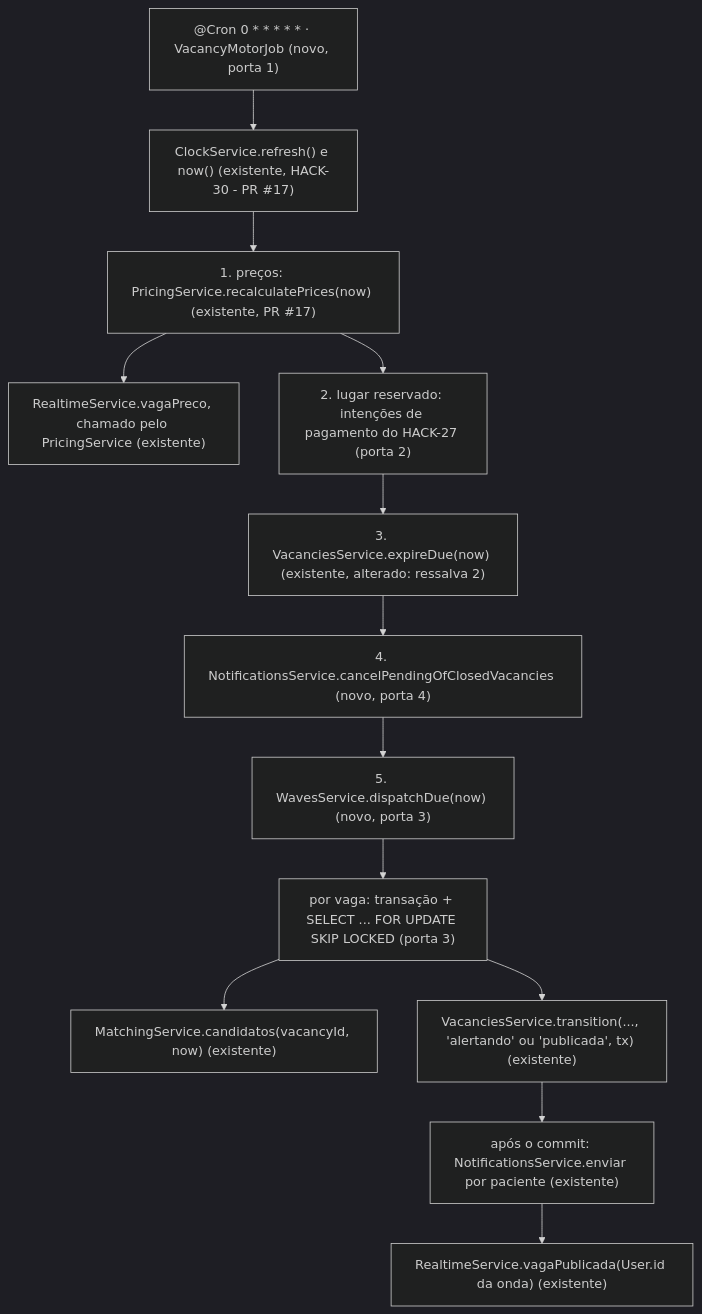
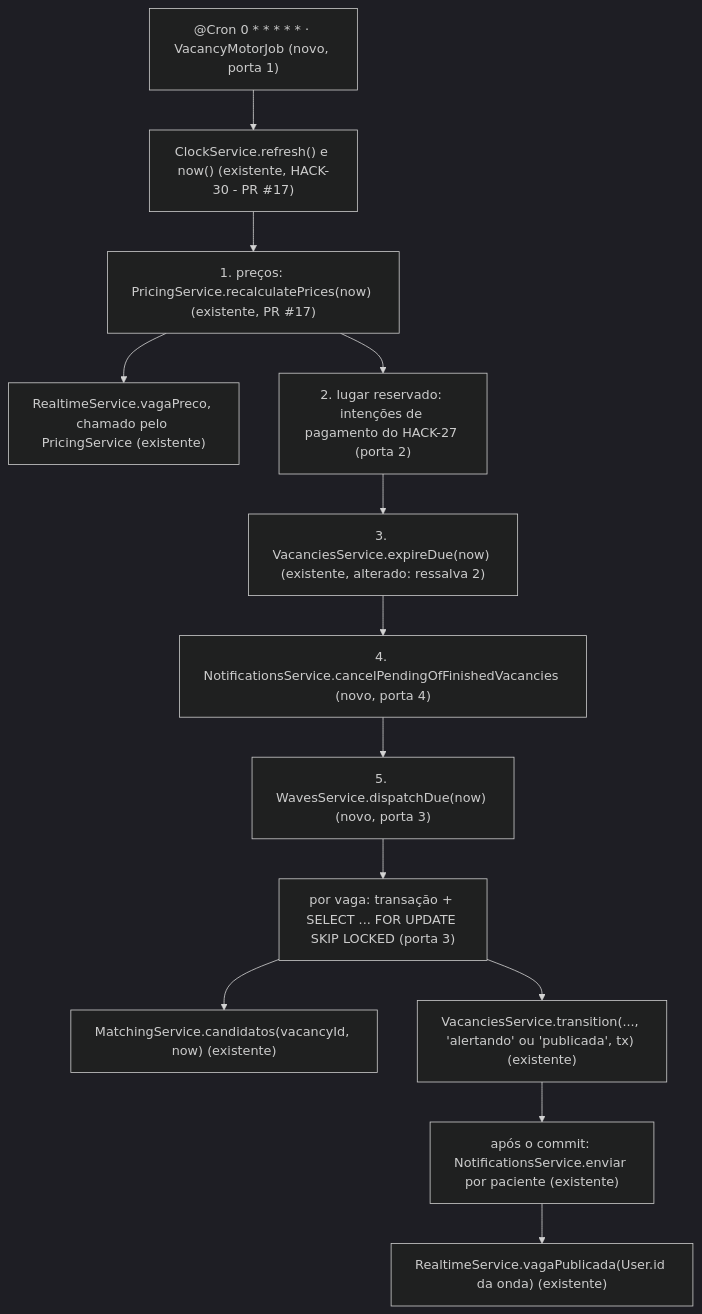
Before and after one commit to Gustavo-Vieira-Gomes/HackathonUSP: the diagram in .specs/features/hack-32-cron-ondas/plan.md, drawn with Mermaid (dark theme). The commit also changed other lines of this file and 6 other files, not shown here.

````diff
--- a/.specs/features/hack-32-cron-ondas/plan.md
+++ b/.specs/features/hack-32-cron-ondas/plan.md
@@ -23,15 +23,15 @@
 ```mermaid
 flowchart TD
     CRON["@Cron 0 * * * * * · VacancyMotorJob (novo, porta 1)"] --> NOW["ClockService.refresh() e now() (existente, HACK-30 - PR #17)"]
     NOW --> P["1. preços: PricingService.recalculatePrices(now) (existente, PR #17)"]
     P --> RT1["RealtimeService.vagaPreco, chamado pelo PricingService (existente)"]
     P --> EXT["2. lugar reservado: intenções de pagamento do HACK-27 (porta 2)"]
     EXT --> E["3. VacanciesService.expireDue(now) (existente, alterado: ressalva 2)"]
-    E --> C["4. NotificationsService.cancelPendingOfClosedVacancies (novo, porta 4)"]
+    E --> C["4. NotificationsService.cancelPendingOfFinishedVacancies (novo, porta 4)"]
     C --> W["5. WavesService.dispatchDue(now) (novo, porta 3)"]
     W --> L["por vaga: transação + SELECT ... FOR UPDATE SKIP LOCKED (porta 3)"]
     L --> M["MatchingService.candidatos(vacancyId, now) (existente)"]
     L --> T["VacanciesService.transition(..., 'alertando' ou 'publicada', tx) (existente)"]
     T --> S["após o commit: NotificationsService.enviar por paciente (existente)"]
     S --> RT2["RealtimeService.vagaPublicada(User.id da onda) (existente)"]
 ```
````
